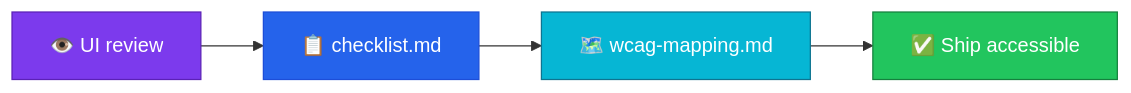
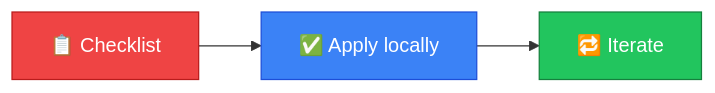
One commit to manansbdb/accessibility-checklist changed the diagram in README.md. Above: the diagram before and after it, drawn with Mermaid. The commit also changed other lines of this file and 1 other file, not shown here.

Commit message:
docs: polish README with banner, badges, mermaid, Install EN+PT (#1)

````diff
--- a/README.md
+++ b/README.md
@@ -28,10 +27,8 @@
 ```mermaid
 flowchart LR
-  A["👁️ UI review"] --> B["📋 checklist.md"]
-  B --> C["🗺️ wcag-mapping.md"]
-  C --> D["✅ Ship accessible"]
-  style A fill:#7c3aed,stroke:#5b21b6,color:#fff
-  style B fill:#2563eb,stroke:#1d4ed8,color:#fff
-  style C fill:#06b6d4,stroke:#0e7490,color:#fff
-  style D fill:#22c55e,stroke:#15803d,color:#fff
+  A["📋 Checklist"] --> B["✅ Apply locally"]
+  B --> C["🔁 Iterate"]
+  style A fill:#ef4444,stroke:#b91c1c,color:#fff
+  style B fill:#3b82f6,stroke:#1d4ed8,color:#fff
+  style C fill:#22c55e,stroke:#15803d,color:#fff
 ```
````
